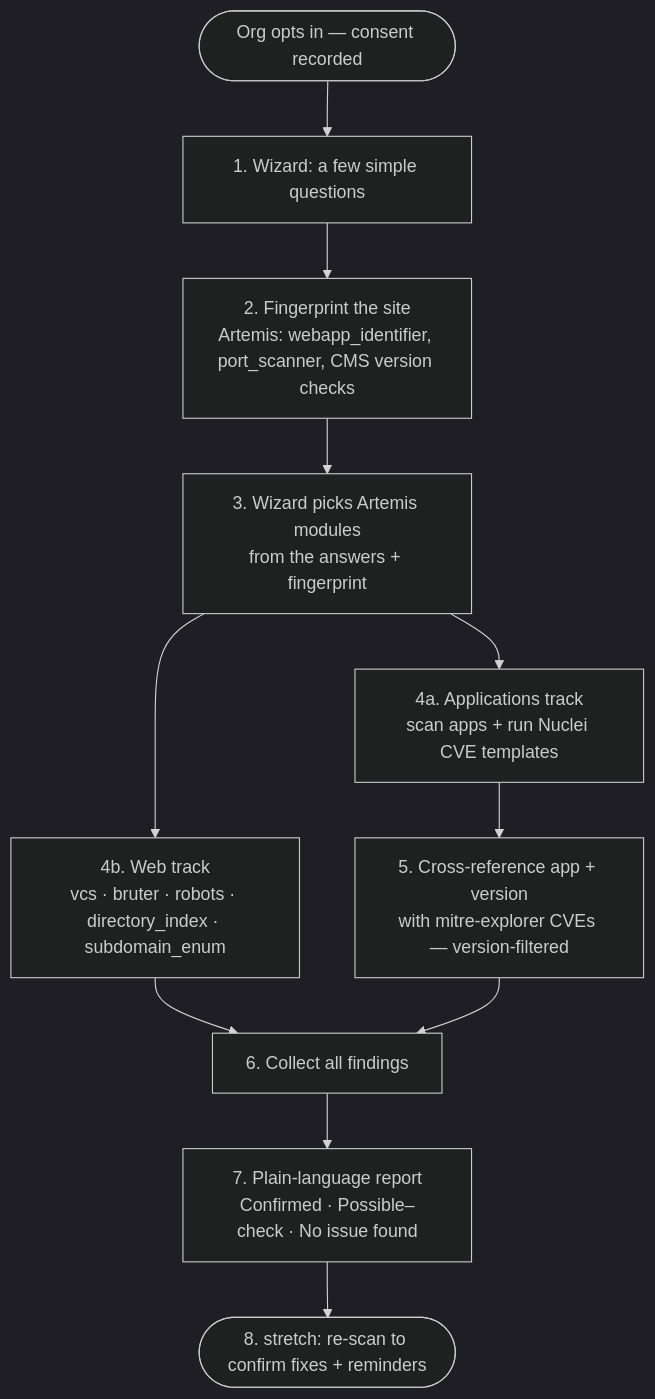
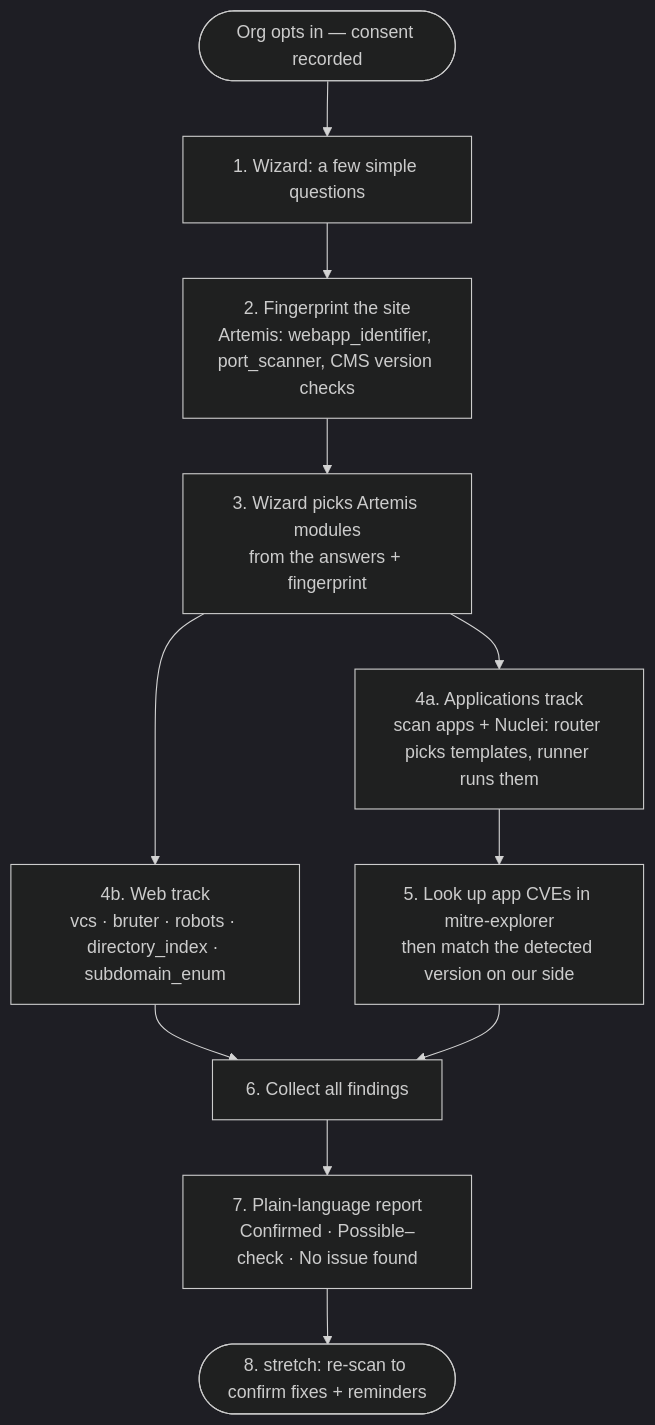
Before and after one commit to PerIPan/SafetyRoutes: the diagram in README.md, drawn with Mermaid (dark theme). The commit also changed other lines of this file, not shown here.

First line of the commit message:
docs: correct Nuclei (router+module) + mitre-explorer version matching

````diff
--- a/README.md
+++ b/README.md
@@ -131,13 +134,13 @@
 ```mermaid
 flowchart TD
     A([Org opts in — consent recorded]) --> B[1. Wizard: a few simple questions]
     B --> C[2. Fingerprint the site<br/>Artemis: webapp_identifier, port_scanner, CMS version checks]
     C --> D[3. Wizard picks Artemis modules<br/>from the answers + fingerprint]
-    D --> E[4a. Applications track<br/>scan apps + run Nuclei CVE templates]
+    D --> E[4a. Applications track<br/>scan apps + Nuclei: router picks templates, runner runs them]
     D --> F[4b. Web track<br/>vcs · bruter · robots · directory_index · subdomain_enum]
-    E --> G[5. Cross-reference app + version<br/>with mitre-explorer CVEs — version-filtered]
+    E --> G[5. Look up app CVEs in mitre-explorer<br/>then match the detected version on our side]
     F --> H[6. Collect all findings]
     G --> H
     H --> I[7. Plain-language report<br/>Confirmed · Possible–check · No issue found]
     I --> J([8. stretch: re-scan to confirm fixes + reminders])
 ```
````
